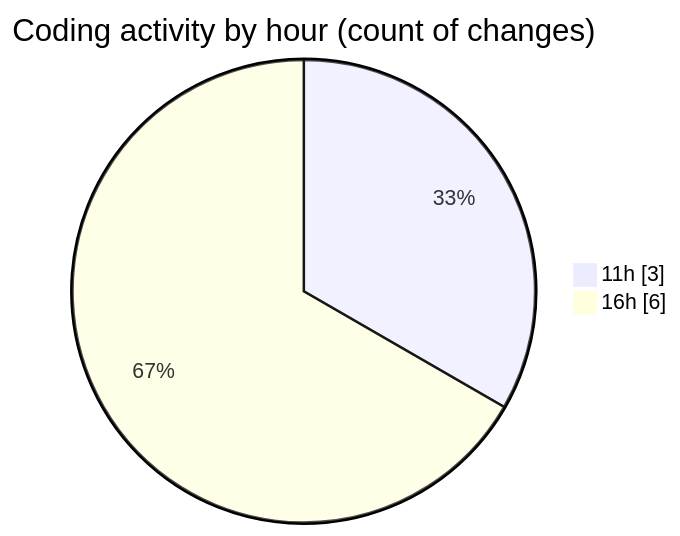
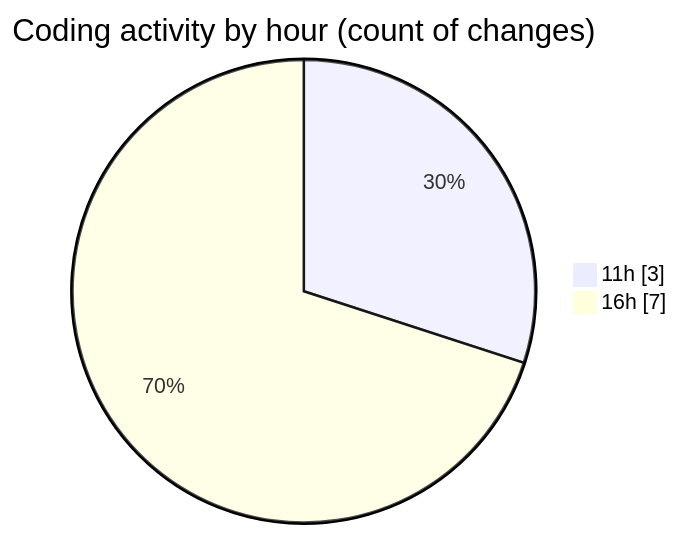
The second of 2 diagrams in 2025-12-10/www/README.md (vahidmafi/code-tracking), drawn with Mermaid before and after one commit. The commit also changed other lines of this file and 1 other file, not shown here.

````diff
--- a/2025-12-10/www/README.md
+++ b/2025-12-10/www/README.md
@@ -28,6 +28,6 @@
 ```mermaid
 pie showData
 title Coding activity by hour (count of changes)
 "11h" : 3
-"16h" : 6
+"16h" : 7
 ```
````
